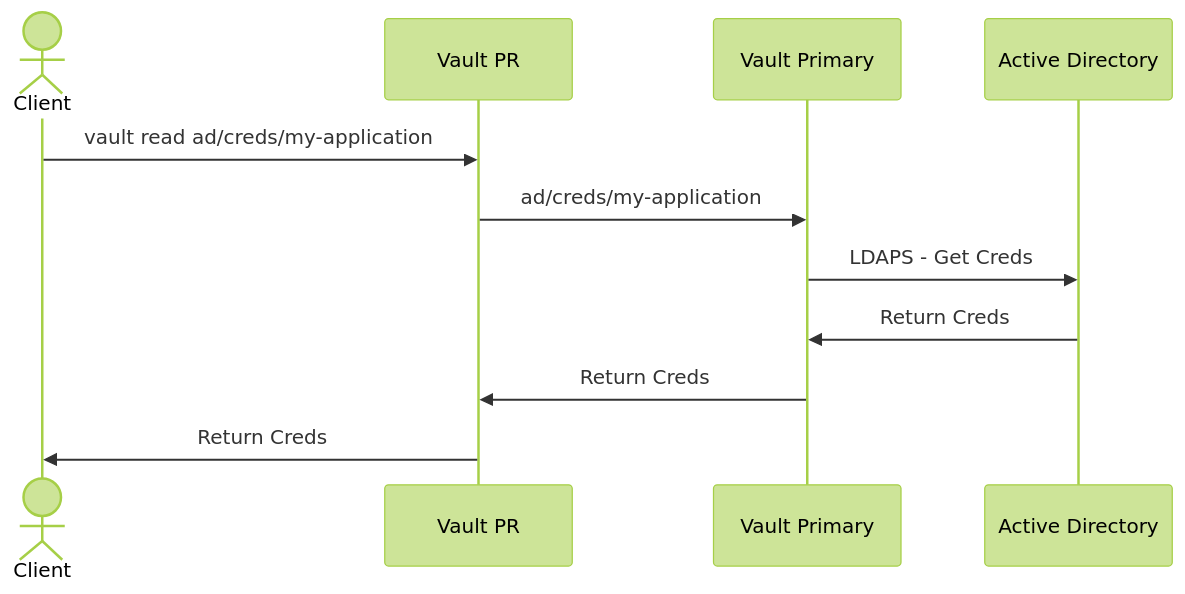
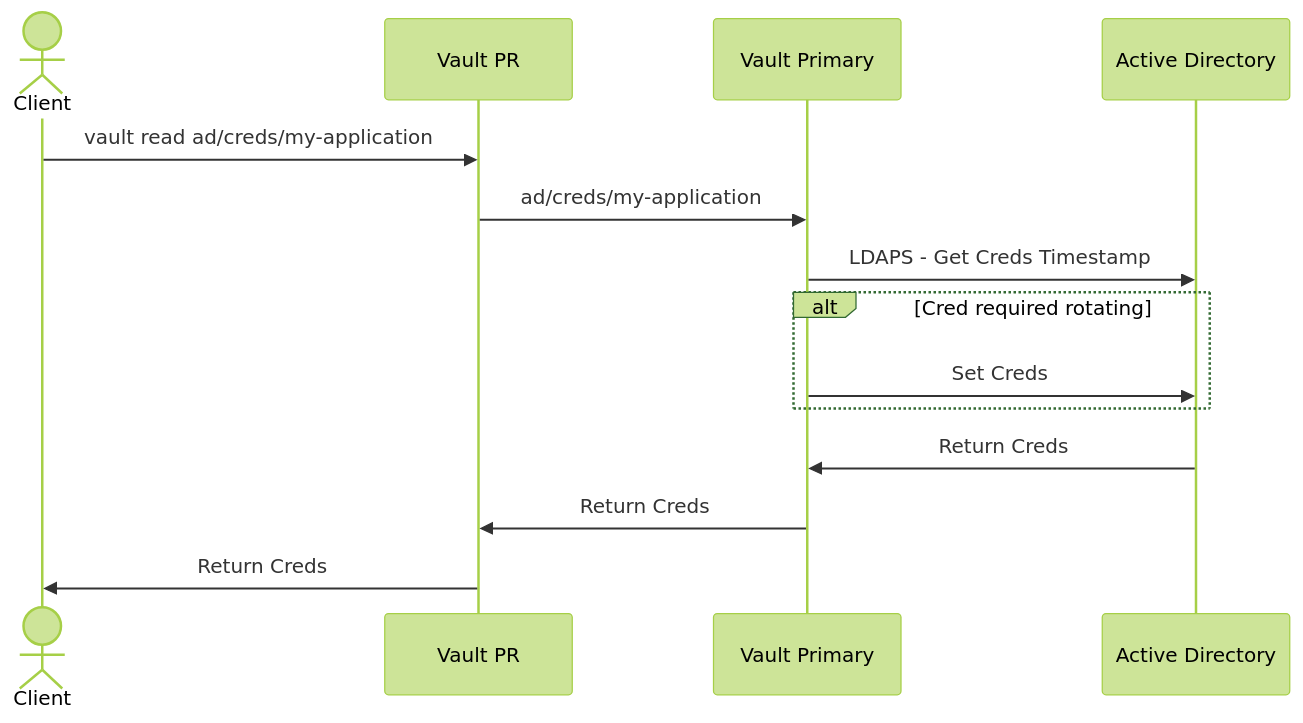
Before and after one commit to tallen-hashicorp/vault-pr-ad-testing: the second of 5 diagrams in README.md, drawn with Mermaid (forest theme). The commit also changed other lines of this file, not shown here.

Commit message:
Update to correct usage of AD

````diff
--- a/README.md
+++ b/README.md
@@ -164,13 +167,16 @@
 ```mermaid
 sequenceDiagram
     actor c as Client
     participant vpr as Vault PR
     participant vp as Vault Primary
     participant ad as Active Directory
     c->>vpr: vault read ad/creds/my-application
     vpr->>vp: ad/creds/my-application
-    vp->>ad: LDAPS - Get Creds
+    vp->>ad: LDAPS - Get Creds Timestamp
+    alt Cred required rotating
+        vp->>ad: Set Creds
+    end
     ad->>vp: Return Creds
     vp->>vpr: Return Creds
     vpr->>c: Return Creds
 ```
````
